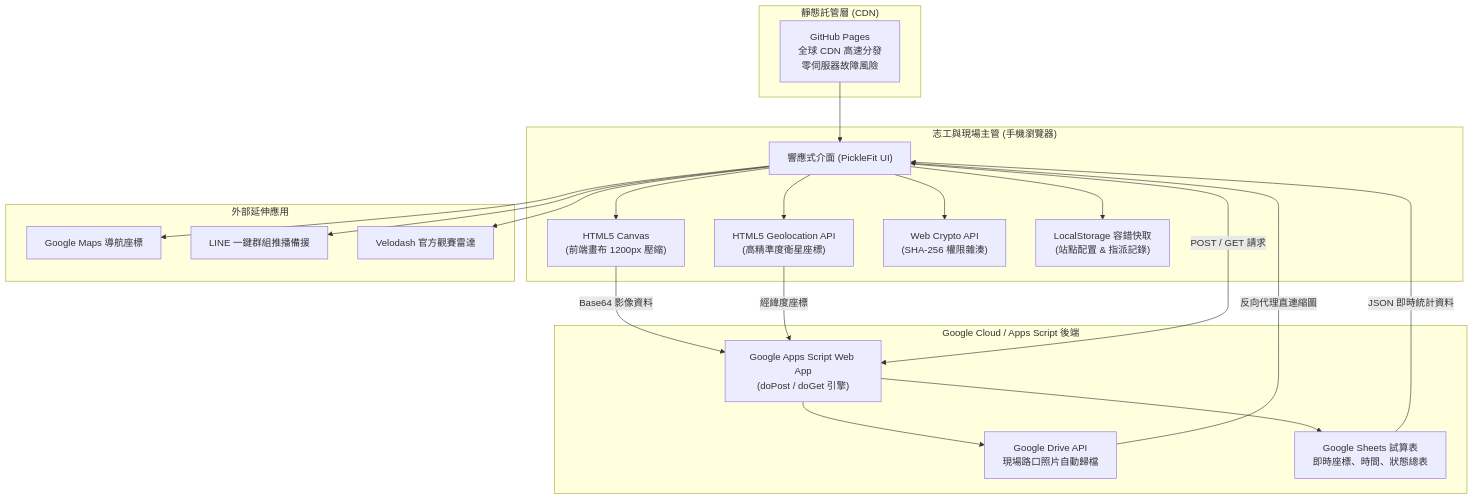
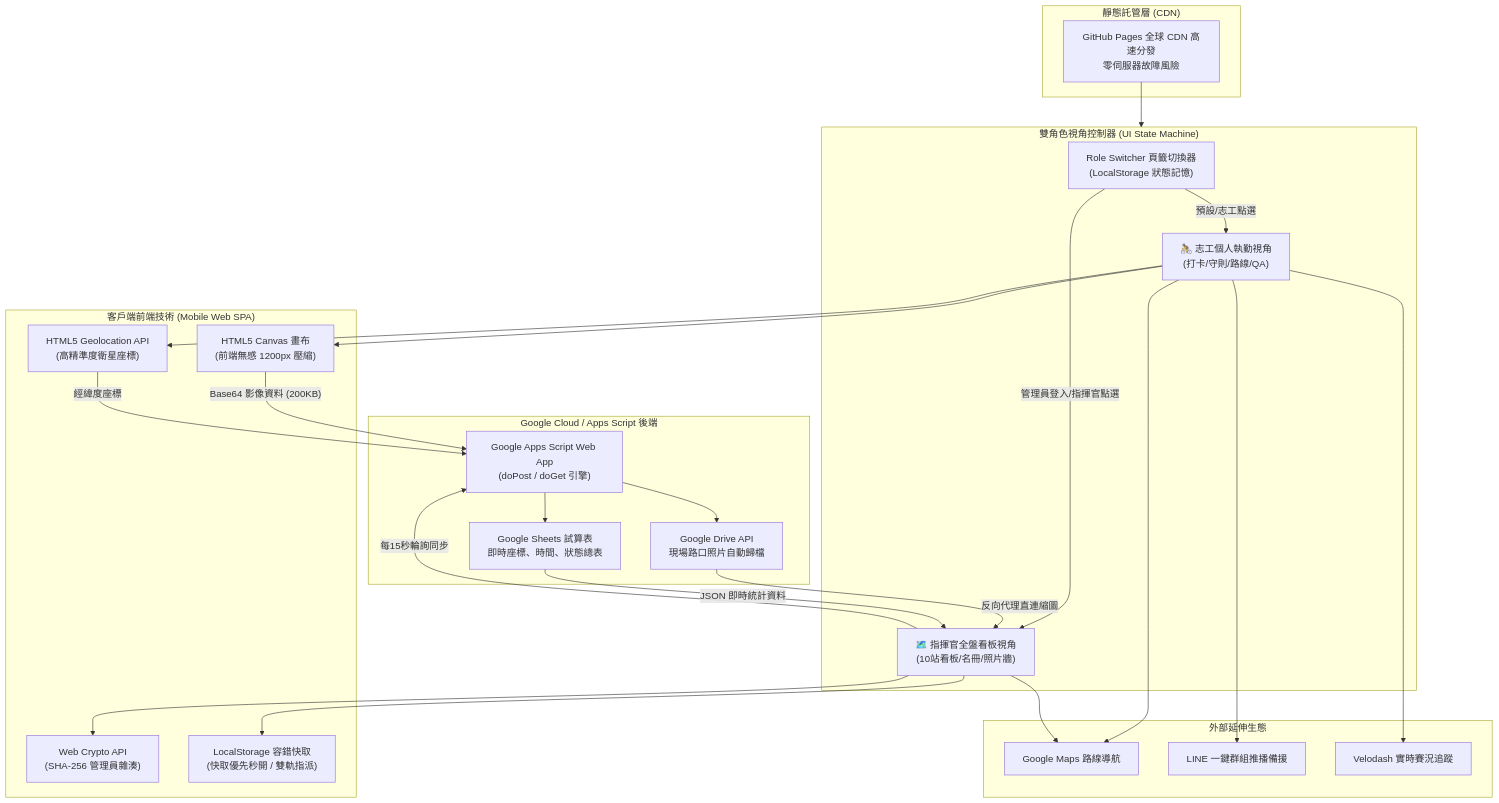
One commit to KalmanGoose/2026-tour-traffic changed the first of 2 diagrams in REPORT_FOR_SUPERVISOR.md. Above: the diagram before and after it, drawn with Mermaid. The commit also changed other lines of this file and 1 other file, not shown here.

Commit message:
feat(v1.5.0): implement dual-role view switcher (volunteer vs commander) and trail access route guidance

````diff
--- a/REPORT_FOR_SUPERVISOR.md
+++ b/REPORT_FOR_SUPERVISOR.md
@@ -33,45 +39,53 @@
 ```mermaid
 flowchart TD
-    subgraph ClientSide["志工與現場主管 (手機瀏覽器)"]
-        UI["響應式介面 (PickleFit UI)"]
+    subgraph ViewSwitch["雙角色視角控制器 (UI State Machine)"]
+        Tab["Role Switcher 頁籤切換器<br/>(LocalStorage 狀態記憶)"]
+        VolView["🚴 志工個人執勤視角<br/>(打卡/守則/路線/QA)"]
+        CmdView["🗺️ 指揮官全盤看板視角<br/>(10站看板/名冊/照片牆)"]
+        Tab -->|預設/志工點選| VolView
+        Tab -->|管理員登入/指揮官點選| CmdView
+    end
+
+    subgraph ClientSide["客戶端前端技術 (Mobile Web SPA)"]
         GPS["HTML5 Geolocation API<br/>(高精準度衛星座標)"]
-        Canvas["HTML5 Canvas<br/>(前端畫布 1200px 壓縮)"]
-        Auth["Web Crypto API<br/>(SHA-256 權限雜湊)"]
-        LocalData["LocalStorage 容錯快取<br/>(站點配置 & 指派記錄)"]
+        Canvas["HTML5 Canvas 畫布<br/>(前端無感 1200px 壓縮)"]
+        Auth["Web Crypto API<br/>(SHA-256 管理員雜湊)"]
+        Cache["LocalStorage 容錯快取<br/>(快取優先秒開 / 雙軌指派)"]
     end
 
     subgraph Hosting["靜態託管層 (CDN)"]
-        GH["GitHub Pages<br/>全球 CDN 高速分發<br/>零伺服器故障風險"]
+        GH["GitHub Pages 全球 CDN 高速分發<br/>零伺服器故障風險"]
     end
 
     subgraph Backend["Google Cloud / Apps Script 後端"]
         GAS["Google Apps Script Web App<br/>(doPost / doGet 引擎)"]
         Drive["Google Drive API<br/>現場路口照片自動歸檔"]
         Sheet["Google Sheets 試算表<br/>即時座標、時間、狀態總表"]
     end
 
-    subgraph External["外部延伸應用"]
-        GMaps["Google Maps 導航座標"]
+    subgraph External["外部延伸生態"]
+        GMaps["Google Maps 路線導航"]
         LineApp["LINE 一鍵群組推播備援"]
-        Velo["Velodash 官方觀賽雷達"]
+        Velo["Velodash 實時賽況追蹤"]
     end
 
-    UI --> GPS
-    UI --> Canvas
-    UI --> Auth
-    UI --> LocalData
-    GH --> UI
+    GH --> ViewSwitch
+    VolView --> GPS
+    VolView --> Canvas
+    CmdView --> Auth
+    CmdView --> Cache
 
-    Canvas -- "Base64 影像資料" --> GAS
+    Canvas -- "Base64 影像資料 (200KB)" --> GAS
     GPS -- "經緯度座標" --> GAS
-    UI -- "POST / GET 請求" --> GAS
+    CmdView -- "每15秒輪詢同步" --> GAS
 
     GAS --> Drive
     GAS --> Sheet
-    Drive -- "反向代理直連縮圖" --> UI
-    Sheet -- "JSON 即時統計資料" --> UI
+    Drive -- "反向代理直連縮圖" --> CmdView
+    Sheet -- "JSON 即時統計資料" --> CmdView
 
-    UI --> GMaps
-    UI --> LineApp
-    UI --> Velo
+    VolView --> GMaps
+    VolView --> LineApp
+    VolView --> Velo
+    CmdView --> GMaps
 ```
````
